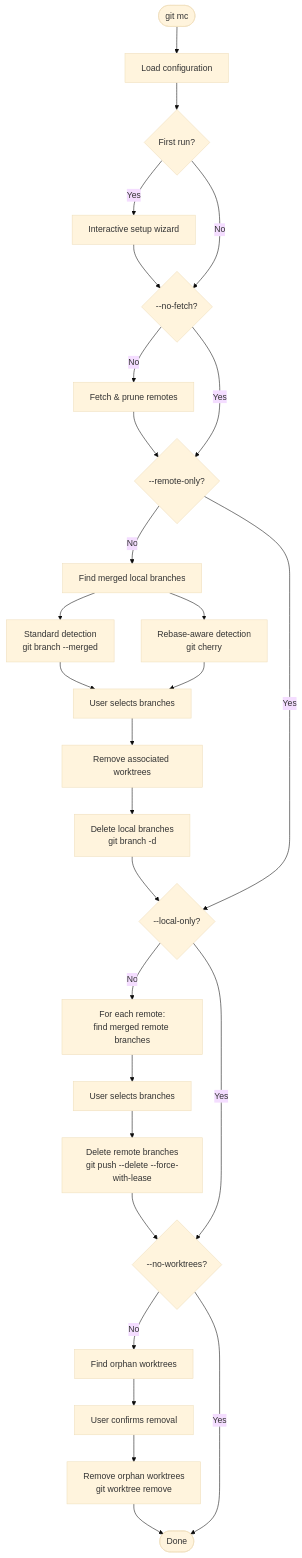
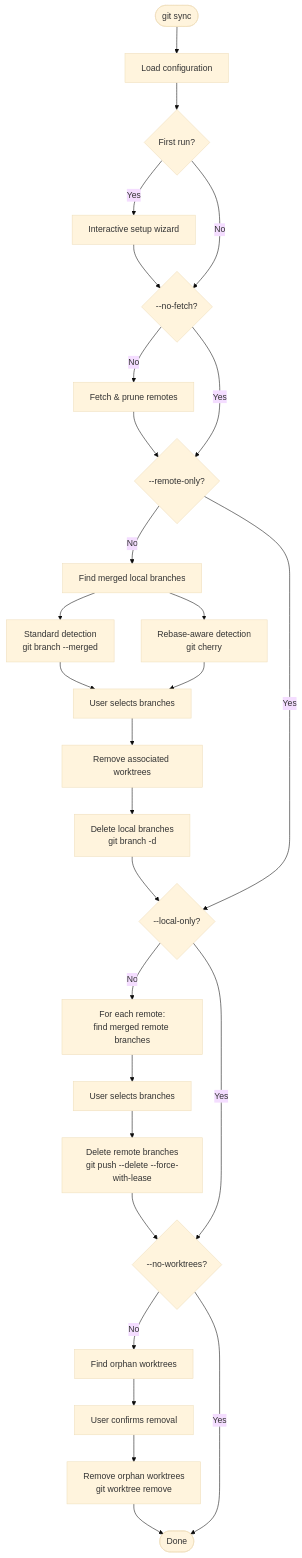
One commit to noirbizarre/git-synchronizer changed the diagram in README.md. Above: the diagram before and after it, drawn with Mermaid (base theme). The commit also changed other lines of this file and 11 other files, not shown here.

Commit message:
refactor: rename into Git Synchronizer / `git-sync`

````diff
--- a/README.md
+++ b/README.md
@@ -131,40 +129,40 @@
 ```mermaid
 flowchart TD
-    Start([git mc]) --> LoadConfig[Load configuration]
+    Start([git sync]) --> LoadConfig[Load configuration]
     LoadConfig --> FirstRun{First run?}
     FirstRun -- Yes --> Setup[Interactive setup wizard]
     Setup --> FetchCheck
     FirstRun -- No --> FetchCheck
 
     FetchCheck{--no-fetch?}
     FetchCheck -- No --> Fetch[Fetch & prune remotes]
     Fetch --> LocalCheck
     FetchCheck -- Yes --> LocalCheck
 
     LocalCheck{--remote-only?}
     LocalCheck -- No --> FindLocal[Find merged local branches]
     FindLocal --> Merged[Standard detection\ngit branch --merged]
     FindLocal --> Cherry[Rebase-aware detection\ngit cherry]
     Merged --> SelectLocal[User selects branches]
     Cherry --> SelectLocal
     SelectLocal --> RemoveWT1[Remove associated worktrees]
     RemoveWT1 --> DeleteLocal[Delete local branches\ngit branch -d]
     DeleteLocal --> RemoteCheck
     LocalCheck -- Yes --> RemoteCheck
 
     RemoteCheck{--local-only?}
     RemoteCheck -- No --> FindRemote[For each remote:\nfind merged remote branches]
     FindRemote --> SelectRemote[User selects branches]
     SelectRemote --> DeleteRemote[Delete remote branches\ngit push --delete --force-with-lease]
     DeleteRemote --> WTCheck
     RemoteCheck -- Yes --> WTCheck
 
     WTCheck{--no-worktrees?}
     WTCheck -- No --> FindOrphan[Find orphan worktrees]
     FindOrphan --> ConfirmWT[User confirms removal]
     ConfirmWT --> RemoveOrphan[Remove orphan worktrees\ngit worktree remove]
     RemoveOrphan --> Done
     WTCheck -- Yes --> Done
 
     Done([Done])
 ```
````
